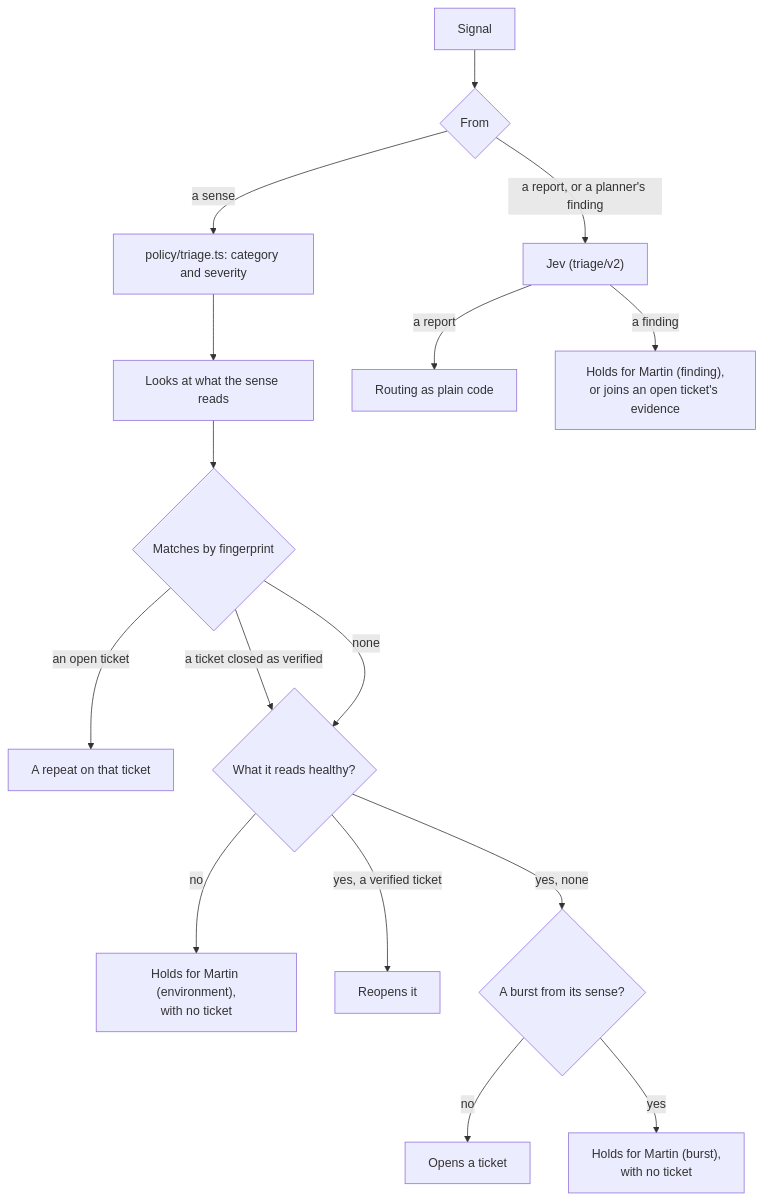
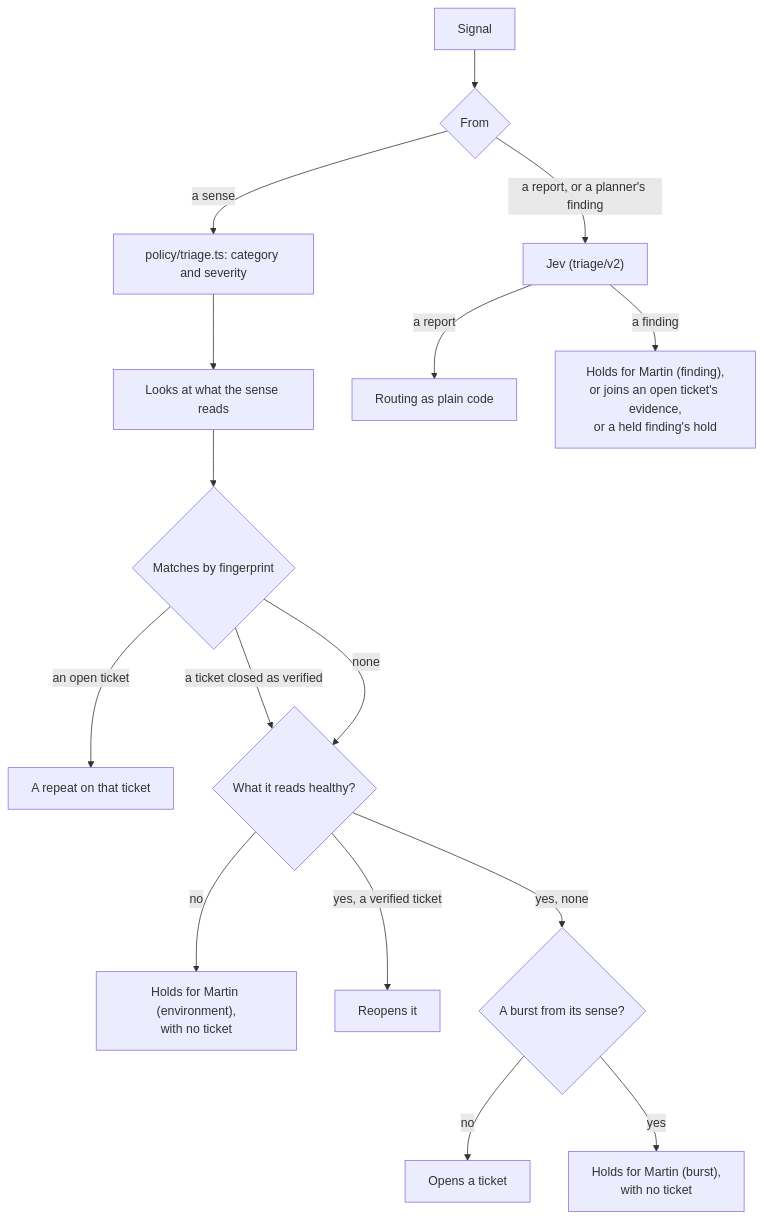
Before and after one commit to mrogan/cv-software-factory: the diagram in docs/COMPONENTS/TRIAGE.md, drawn with Mermaid. The commit also changed other lines of this file and 7 other files, not shown here.

First line of the commit message:
fix(triage): count a finding into the held one with its fingerprint, so Martin answers it once (#410)

````diff
--- a/docs/COMPONENTS/TRIAGE.md
+++ b/docs/COMPONENTS/TRIAGE.md
@@ -9,18 +9,18 @@
 ```mermaid
 flowchart TD
   signal[Signal] --> kind{From}
   kind -- a sense --> policy["policy/triage.ts: category and severity"]
   kind -- "a report, or a planner's finding" --> jev["Jev (triage/v2)"]
   policy --> look["Looks at what the sense reads"]
   look --> match{Matches by fingerprint}
   match -- an open ticket --> repeat[A repeat on that ticket]
   match -- "a ticket closed as verified" --> healthy{"What it reads healthy?"}
   match -- none --> healthy
   healthy -- no --> environmentHold["Holds for Martin (environment),<br>with no ticket"]
   healthy -- "yes, a verified ticket" --> reopen[Reopens it]
   healthy -- "yes, none" --> burst{"A burst from its sense?"}
   burst -- no --> open[Opens a ticket]
   burst -- yes --> burstHold["Holds for Martin (burst),<br>with no ticket"]
   jev -- a report --> route["Routing as plain code"]
-  jev -- a finding --> held["Holds for Martin (finding),<br>or joins an open ticket's evidence"]
+  jev -- a finding --> held["Holds for Martin (finding),<br>or joins an open ticket's evidence,<br>or a held finding's hold"]
 ```
````
